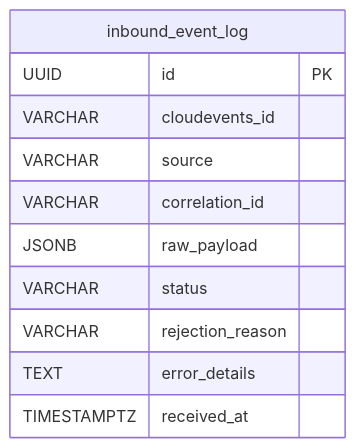
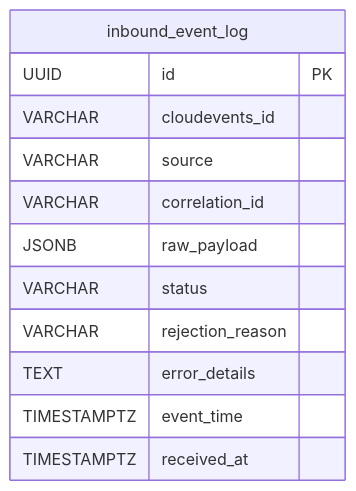
The sixth of 7 diagrams in docs/flow-diagrams.md (Jayaprakash8887/cce-collector-service), drawn with Mermaid before and after one commit. The commit also changed other lines of this file and 9 other files, not shown here.

Commit message:
Update: extract and enrich new col event_time to table inbound_event_log

````diff
--- a/docs/flow-diagrams.md
+++ b/docs/flow-diagrams.md
@@ -201,14 +201,15 @@
 ```mermaid
 erDiagram
     inbound_event_log {
         UUID id PK
         VARCHAR cloudevents_id
         VARCHAR source
         VARCHAR correlation_id
         JSONB raw_payload
         VARCHAR status
         VARCHAR rejection_reason
         TEXT error_details
+        TIMESTAMPTZ event_time
         TIMESTAMPTZ received_at
     }
 ```
````
